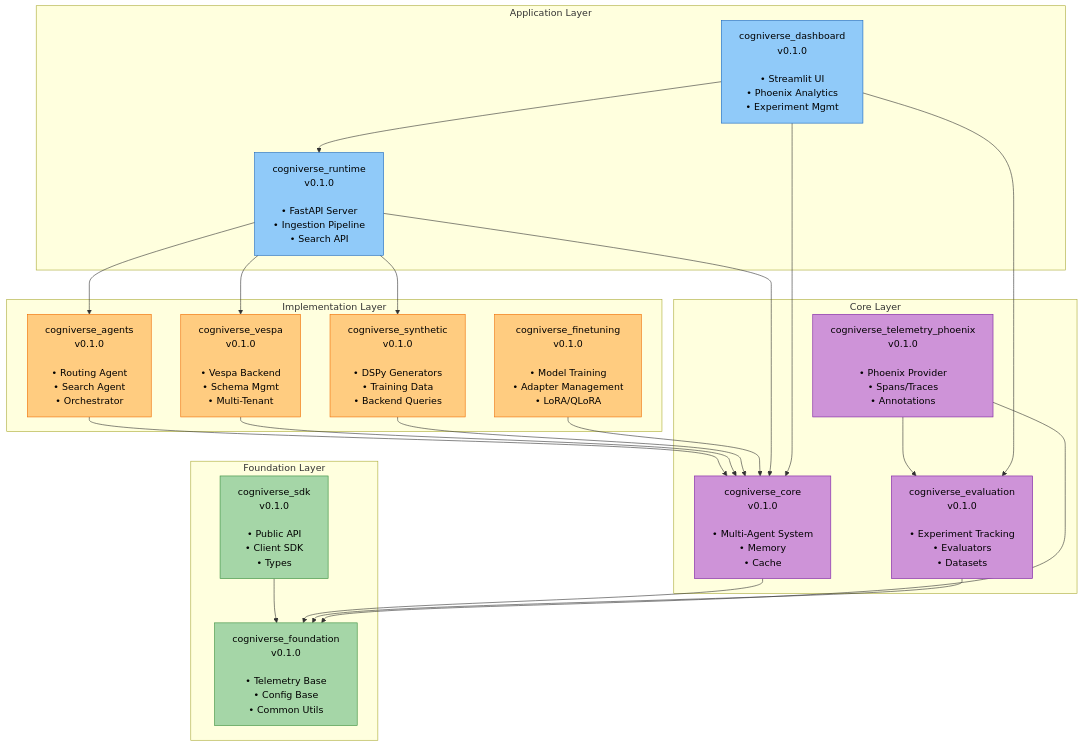
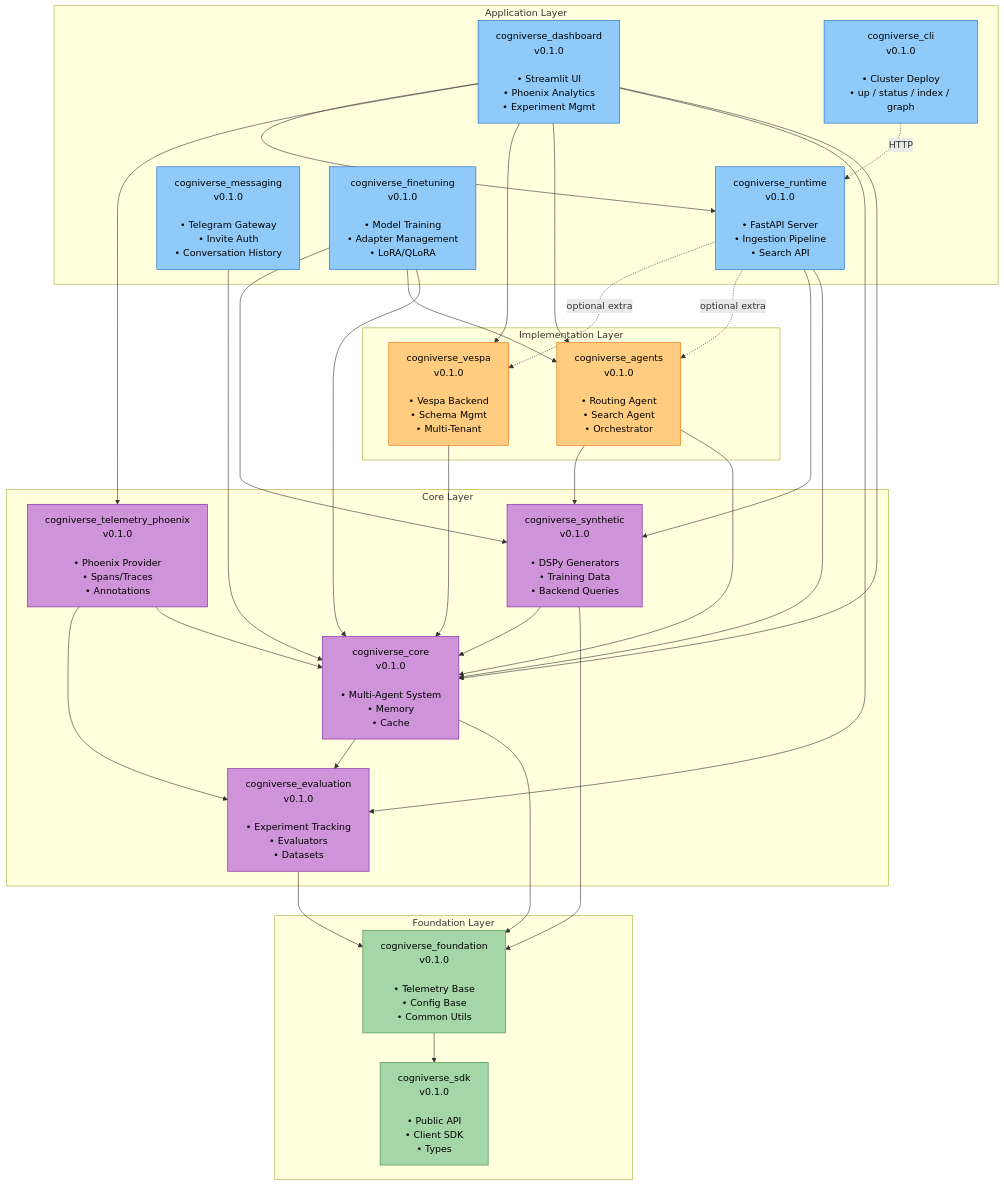
The first of 27 diagrams in docs/diagrams/sdk-architecture-diagrams.md (amit-jain/cogniverse), drawn with Mermaid before and after one commit. The commit also changed other lines of this file and 119 other files, not shown here.

````diff
--- a/docs/diagrams/sdk-architecture-diagrams.md
+++ b/docs/diagrams/sdk-architecture-diagrams.md
@@ -22,68 +22,82 @@
 ```mermaid
 flowchart TB
     subgraph "Foundation Layer"
         SDK["<span style='color:#000'>cogniverse_sdk<br/>v0.1.0<br/><br/>• Public API<br/>• Client SDK<br/>• Types</span>"]
         Foundation["<span style='color:#000'>cogniverse_foundation<br/>v0.1.0<br/><br/>• Telemetry Base<br/>• Config Base<br/>• Common Utils</span>"]
     end
 
     subgraph "Core Layer"
         Core["<span style='color:#000'>cogniverse_core<br/>v0.1.0<br/><br/>• Multi-Agent System<br/>• Memory<br/>• Cache</span>"]
         Evaluation["<span style='color:#000'>cogniverse_evaluation<br/>v0.1.0<br/><br/>• Experiment Tracking<br/>• Evaluators<br/>• Datasets</span>"]
         Phoenix["<span style='color:#000'>cogniverse_telemetry_phoenix<br/>v0.1.0<br/><br/>• Phoenix Provider<br/>• Spans/Traces<br/>• Annotations</span>"]
+        Synthetic["<span style='color:#000'>cogniverse_synthetic<br/>v0.1.0<br/><br/>• DSPy Generators<br/>• Training Data<br/>• Backend Queries</span>"]
     end
 
     subgraph "Implementation Layer"
         Agents["<span style='color:#000'>cogniverse_agents<br/>v0.1.0<br/><br/>• Routing Agent<br/>• Search Agent<br/>• Orchestrator</span>"]
         Vespa["<span style='color:#000'>cogniverse_vespa<br/>v0.1.0<br/><br/>• Vespa Backend<br/>• Schema Mgmt<br/>• Multi-Tenant</span>"]
-        Synthetic["<span style='color:#000'>cogniverse_synthetic<br/>v0.1.0<br/><br/>• DSPy Generators<br/>• Training Data<br/>• Backend Queries</span>"]
-        Finetuning["<span style='color:#000'>cogniverse_finetuning<br/>v0.1.0<br/><br/>• Model Training<br/>• Adapter Management<br/>• LoRA/QLoRA</span>"]
     end
 
     subgraph "Application Layer"
         Runtime["<span style='color:#000'>cogniverse_runtime<br/>v0.1.0<br/><br/>• FastAPI Server<br/>• Ingestion Pipeline<br/>• Search API</span>"]
         Dashboard["<span style='color:#000'>cogniverse_dashboard<br/>v0.1.0<br/><br/>• Streamlit UI<br/>• Phoenix Analytics<br/>• Experiment Mgmt</span>"]
+        Messaging["<span style='color:#000'>cogniverse_messaging<br/>v0.1.0<br/><br/>• Telegram Gateway<br/>• Invite Auth<br/>• Conversation History</span>"]
+        Finetuning["<span style='color:#000'>cogniverse_finetuning<br/>v0.1.0<br/><br/>• Model Training<br/>• Adapter Management<br/>• LoRA/QLoRA</span>"]
+        Cli["<span style='color:#000'>cogniverse_cli<br/>v0.1.0<br/><br/>• Cluster Deploy<br/>• up / status / index / graph</span>"]
     end
 
     %% Foundation Layer dependencies
-    SDK --> Foundation
+    Foundation --> SDK
 
     %% Core Layer dependencies
     Core --> Foundation
+    Core --> Evaluation
     Evaluation --> Foundation
-    Phoenix --> Foundation
+    Phoenix --> Core
     Phoenix --> Evaluation
+    Synthetic --> Foundation
+    Synthetic --> Core
 
     %% Implementation Layer dependencies
     Agents --> Core
+    Agents --> Synthetic
     Vespa --> Core
-    Synthetic --> Core
-    Finetuning --> Core
 
     %% Application Layer dependencies
     Runtime --> Core
-    Runtime --> Agents
-    Runtime --> Vespa
     Runtime --> Synthetic
+    Runtime -.->|optional extra| Agents
+    Runtime -.->|optional extra| Vespa
     Dashboard --> Core
     Dashboard --> Evaluation
+    Dashboard --> Agents
+    Dashboard --> Vespa
+    Dashboard --> Phoenix
     Dashboard --> Runtime
+    Messaging --> Core
+    Finetuning --> Core
+    Finetuning --> Agents
+    Finetuning --> Synthetic
+    Cli -.->|HTTP| Runtime
 
     %% Styling - Foundation Layer (green)
     style SDK fill:#a5d6a7,stroke:#388e3c,color:#000
     style Foundation fill:#a5d6a7,stroke:#388e3c,color:#000
 
     %% Styling - Core Layer (purple)
     style Core fill:#ce93d8,stroke:#7b1fa2,color:#000
     style Evaluation fill:#ce93d8,stroke:#7b1fa2,color:#000
     style Phoenix fill:#ce93d8,stroke:#7b1fa2,color:#000
+    style Synthetic fill:#ce93d8,stroke:#7b1fa2,color:#000
 
     %% Styling - Implementation Layer (orange)
     style Agents fill:#ffcc80,stroke:#ef6c00,color:#000
     style Vespa fill:#ffcc80,stroke:#ef6c00,color:#000
-    style Synthetic fill:#ffcc80,stroke:#ef6c00,color:#000
-    style Finetuning fill:#ffcc80,stroke:#ef6c00,color:#000
 
     %% Styling - Application Layer (blue)
     style Runtime fill:#90caf9,stroke:#1565c0,color:#000
     style Dashboard fill:#90caf9,stroke:#1565c0,color:#000
+    style Messaging fill:#90caf9,stroke:#1565c0,color:#000
+    style Finetuning fill:#90caf9,stroke:#1565c0,color:#000
+    style Cli fill:#90caf9,stroke:#1565c0,color:#000
 ```
````
